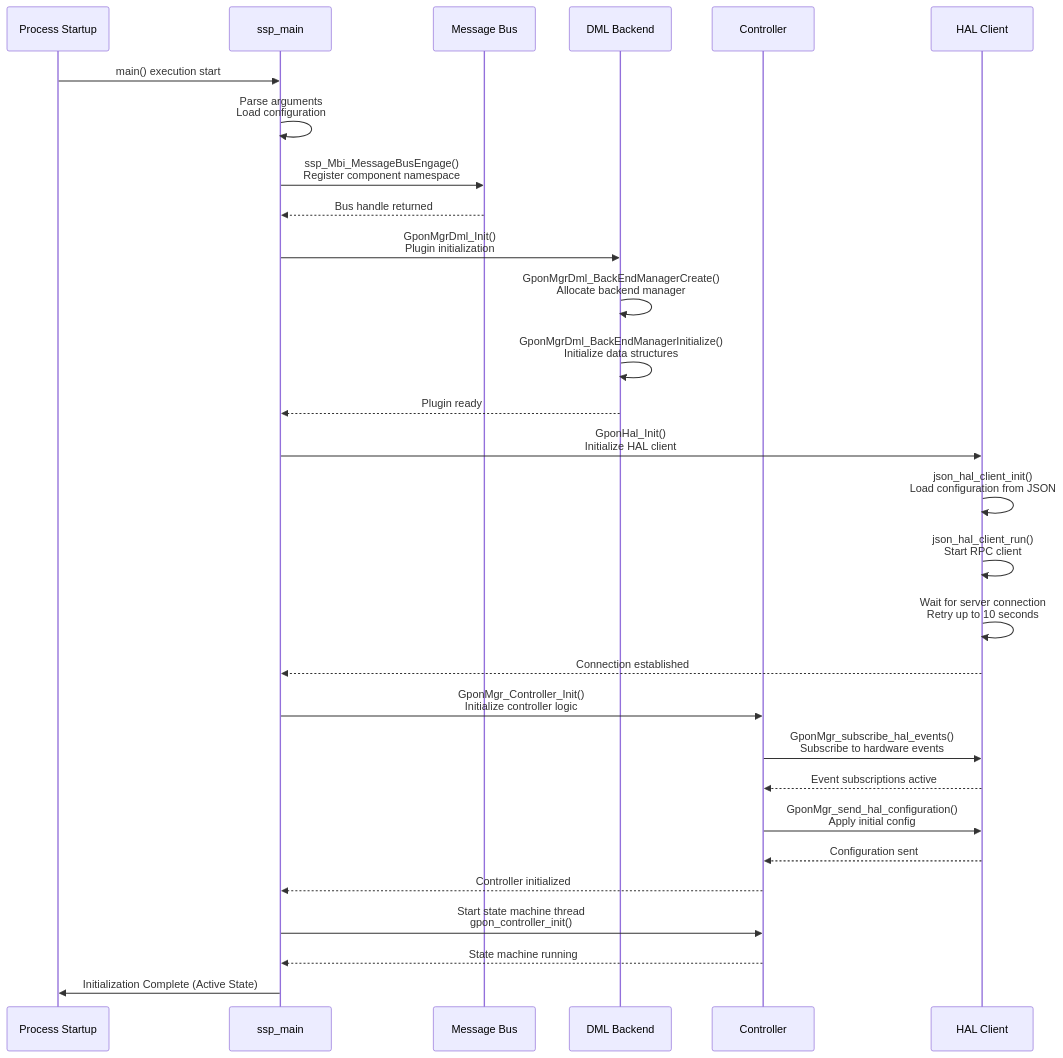
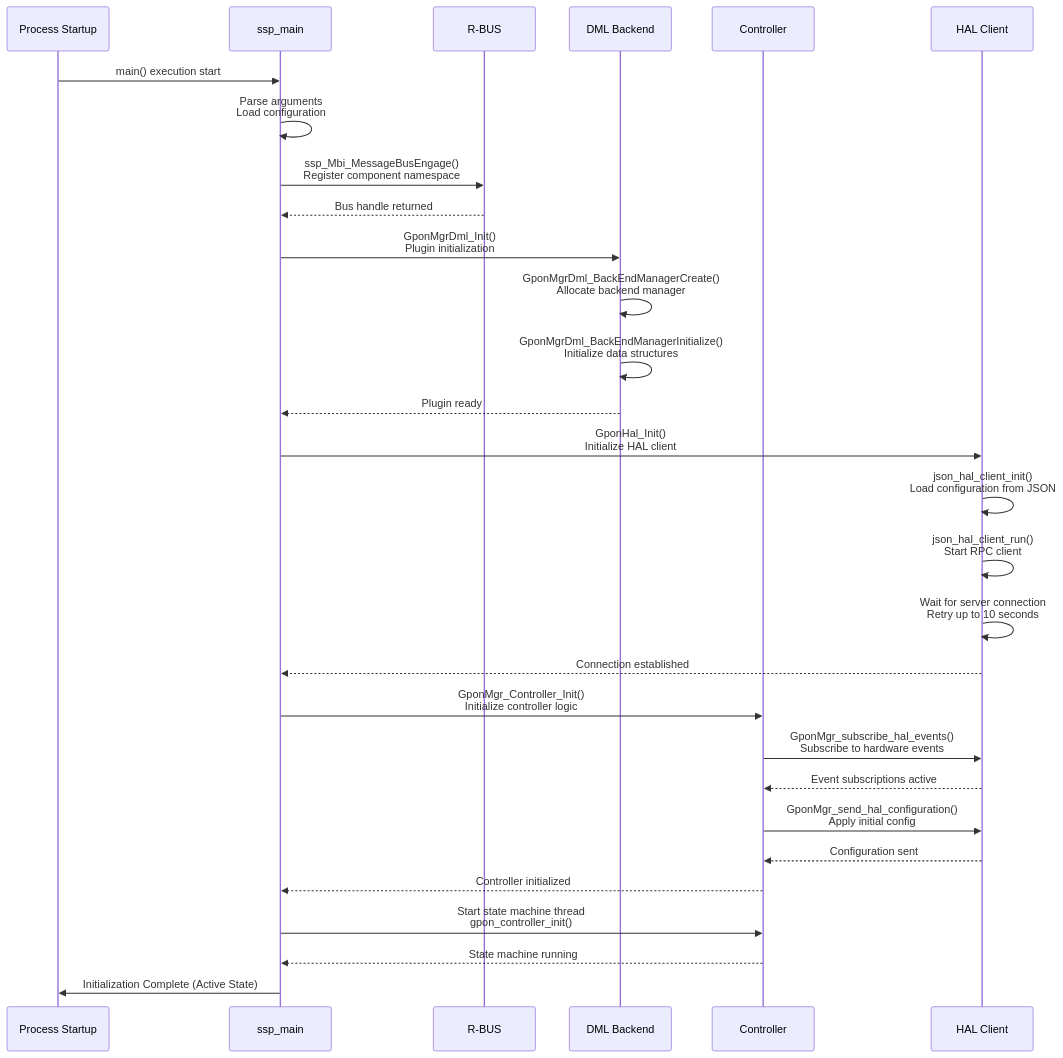
The fourth of 7 diagrams in README.md (rdkcentral/RdkGponManager), drawn with Mermaid before and after one commit. The commit also changed other lines of this file, not shown here.

````diff
--- a/README.md
+++ b/README.md
@@ -243,32 +239,32 @@
 ```mermaid
 sequenceDiagram
     participant Proc as Process Startup
     participant Main as ssp_main
-    participant MsgBus as Message Bus
+    participant MsgBus as R-BUS
     participant DML as DML Backend
     participant Ctrl as Controller
     participant HAL as HAL Client
 
     Proc->>Main: main() execution start
     Main->>Main: Parse arguments<br/>Load configuration
     Main->>MsgBus: ssp_Mbi_MessageBusEngage()<br/>Register component namespace
     MsgBus-->>Main: Bus handle returned
     Main->>DML: GponMgrDml_Init()<br/>Plugin initialization
     DML->>DML: GponMgrDml_BackEndManagerCreate()<br/>Allocate backend manager
     DML->>DML: GponMgrDml_BackEndManagerInitialize()<br/>Initialize data structures
     DML-->>Main: Plugin ready
     Main->>HAL: GponHal_Init()<br/>Initialize HAL client
     HAL->>HAL: json_hal_client_init()<br/>Load configuration from JSON
     HAL->>HAL: json_hal_client_run()<br/>Start RPC client
     HAL->>HAL: Wait for server connection<br/>Retry up to 10 seconds
     HAL-->>Main: Connection established
     Main->>Ctrl: GponMgr_Controller_Init()<br/>Initialize controller logic
     Ctrl->>HAL: GponMgr_subscribe_hal_events()<br/>Subscribe to hardware events
     HAL-->>Ctrl: Event subscriptions active
     Ctrl->>HAL: GponMgr_send_hal_configuration()<br/>Apply initial config
     HAL-->>Ctrl: Configuration sent
     Ctrl-->>Main: Controller initialized
     Main->>Ctrl: Start state machine thread<br/>gpon_controller_init()
     Ctrl-->>Main: State machine running
     Main->>Proc: Initialization Complete (Active State)
 ```
````
